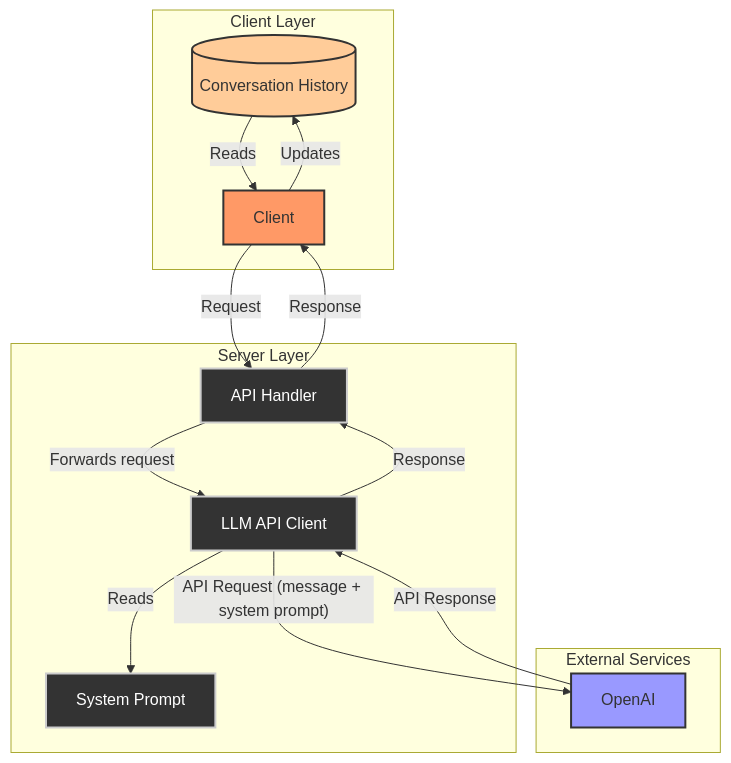
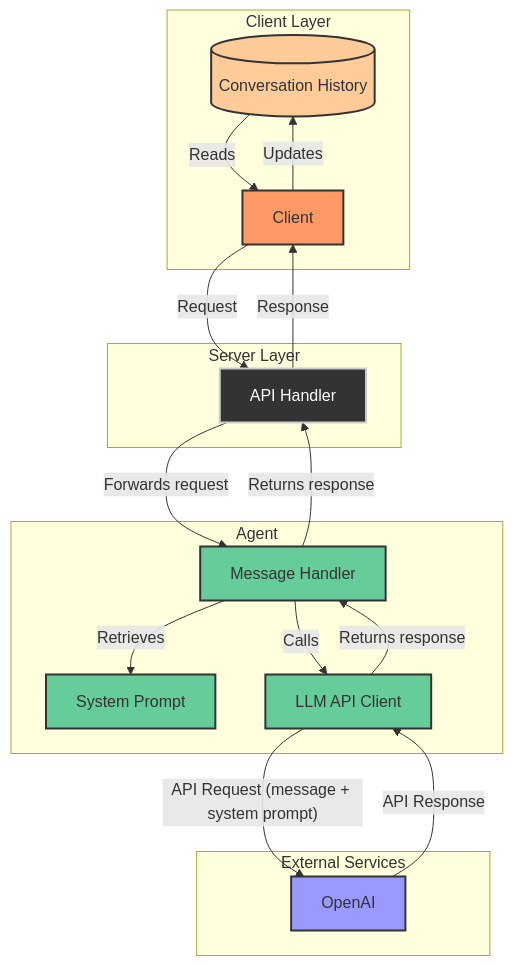
The diagram in server/lib/levels/flowcharts/level04.md (motechFR/ai-agents-demo), drawn with Mermaid before and after one commit. The commit also changed 3 other files, not shown here.

Commit message:
Improve the diagrams

````diff
--- a/server/lib/levels/flowcharts/level04.md
+++ b/server/lib/levels/flowcharts/level04.md
@@ -1,38 +1,46 @@
 ```mermaid
 graph TD
     subgraph Client Layer
         ConversationHistory[("Conversation History")]
         Client
         Client -- "Updates" --> ConversationHistory
         ConversationHistory -- "Reads" --> Client
     end
 
     subgraph Server Layer
         APIHandler["API Handler"]
+    end
+    
+    subgraph Agent
+        MessageHandler["Message Handler"]
+        SystemPrompt["System Prompt"]
         LLMClient["LLM API Client"]
-        SystemPrompt["System Prompt"]
         
-        APIHandler -- "Forwards request" --> LLMClient
-        LLMClient -- "Reads" --> SystemPrompt
+        MessageHandler -- "Retrieves" --> SystemPrompt
+        MessageHandler -- "Calls" --> LLMClient
+        LLMClient -- "Returns response" --> MessageHandler
     end
+
+    Client -- "Request" --> APIHandler
+    APIHandler -- "Forwards request" --> MessageHandler
+    LLMClient -- "API Request (message + system prompt)" --> OpenAI
+    OpenAI -- "API Response" --> LLMClient
+    MessageHandler -- "Returns response" --> APIHandler
+    APIHandler -- "Response" --> Client
 
     subgraph External Services
         OpenAI
     end
 
-    Client -- "Request" --> APIHandler
-    LLMClient -- "API Request (message + system prompt)" --> OpenAI
-    OpenAI -- "API Response" --> LLMClient
-    LLMClient -- "Response" --> APIHandler
-    APIHandler -- "Response" --> Client
-
     classDef clientStyle fill:#f96,stroke:#333,stroke-width:2px;
     classDef serverStyle fill:#333,stroke:#ccc,stroke-width:2px,color:#fff;
     classDef externalStyle fill:#99f,stroke:#333,stroke-width:2px;
     classDef historyStyle fill:#fc9,stroke:#333,stroke-width:2px;
+    classDef agentStyle fill:#6c9,stroke:#333,stroke-width:2px;
 
     class Client clientStyle;
-    class APIHandler,LLMClient,SystemPrompt serverStyle;
+    class APIHandler serverStyle;
+    class MessageHandler,SystemPrompt,LLMClient agentStyle;
     class OpenAI externalStyle;
     class ConversationHistory historyStyle;
 ```
````
